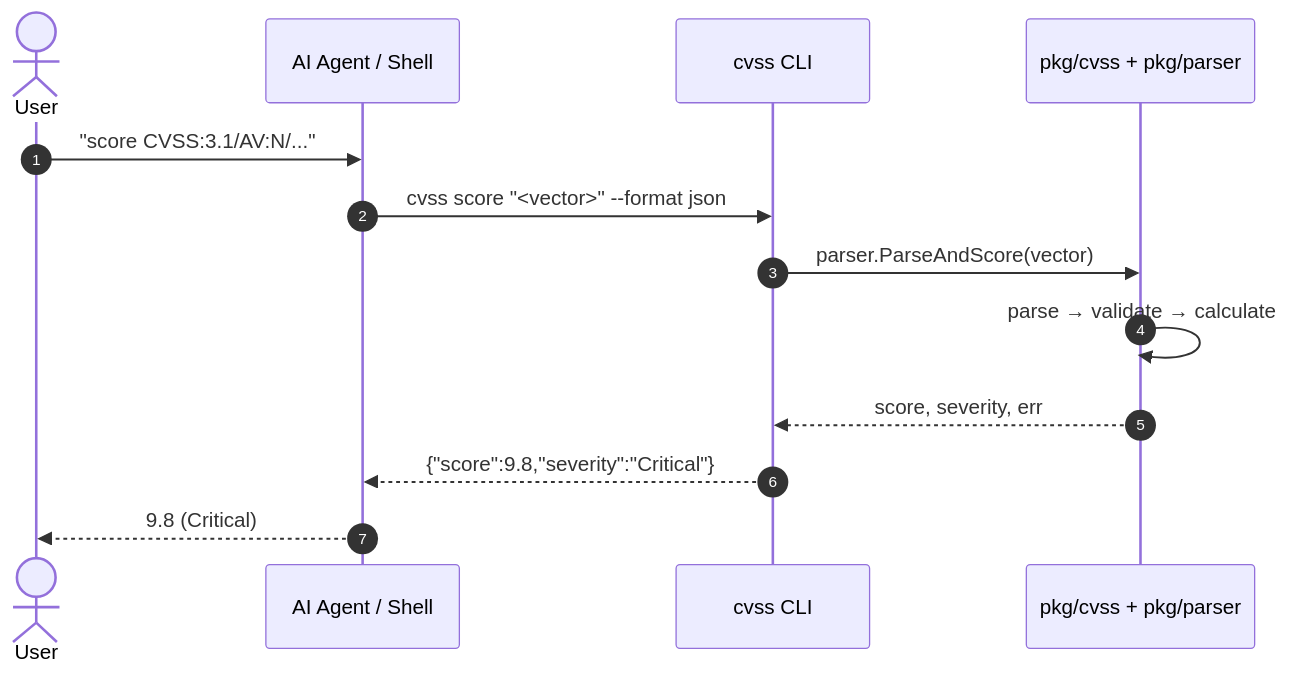
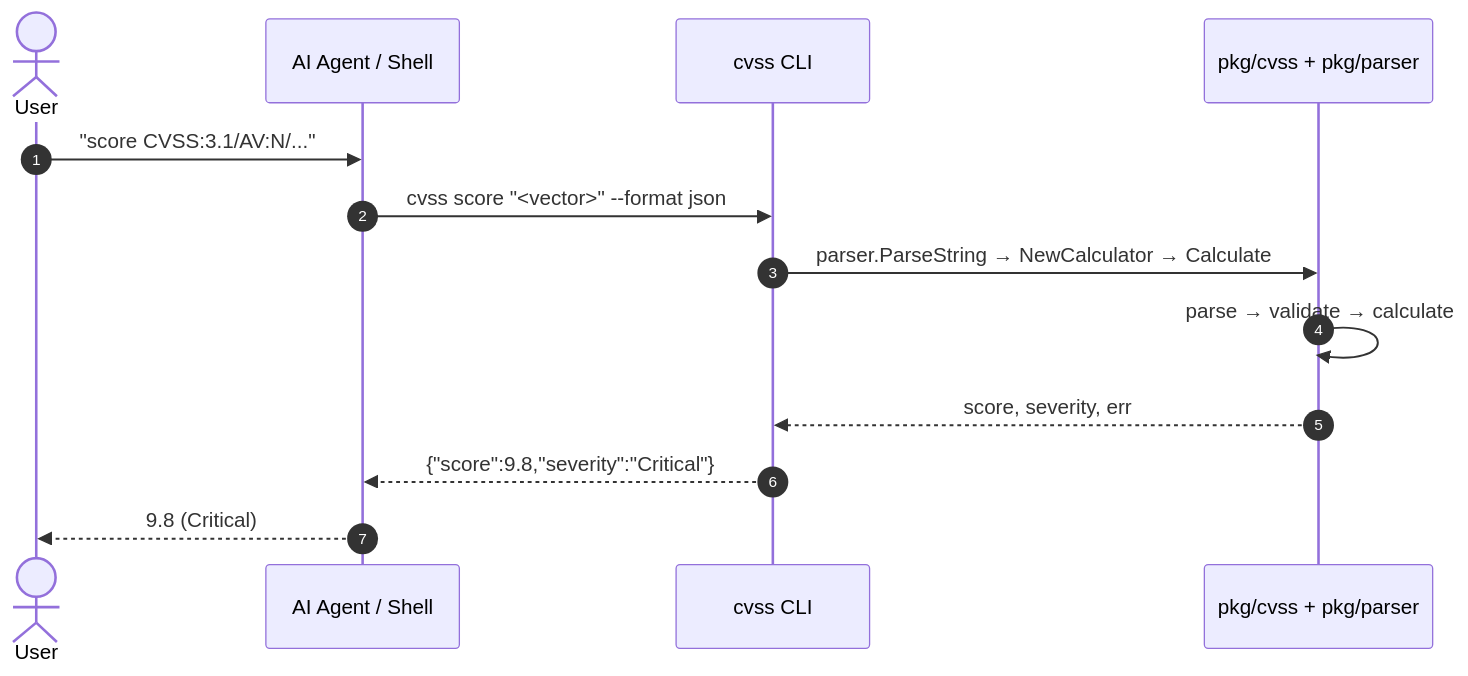
The second of 2 diagrams in website/integration.md (scagogogo/cvss-skills), drawn with Mermaid before and after one commit. The commit also changed 1 other file, not shown here.

Commit message:
docs: fix sequence diagram — CLI uses ParseString+Calculator, not ParseAndScore
The "How the Surfaces Relate" sequence diagram showed the CLI calling
parser.ParseAndScore(vector). But the cvss score command (cmd/cvss-cli/
score.go) actually calls parser.ParseString + cvss.NewCalculator + calc.
Calculate — ParseAndScore is the SDK convenience wrapper, not what the
CLI runs. Corrected the diagram arrow to reflect the real call chain.
Applied to both website/integration.md and website/zh/integration.md.

````diff
--- a/website/integration.md
+++ b/website/integration.md
@@ -33,15 +33,15 @@
 ```mermaid
 sequenceDiagram
     autonumber
     actor User
     participant Agent as AI Agent / Shell
     participant CLI as cvss CLI
     participant Core as pkg/cvss + pkg/parser
     User->>Agent: "score CVSS:3.1/AV:N/..."
     Agent->>CLI: cvss score "<vector>" --format json
-    CLI->>Core: parser.ParseAndScore(vector)
+    CLI->>Core: parser.ParseString → NewCalculator → Calculate
     Core->>Core: parse → validate → calculate
     Core-->>CLI: score, severity, err
     CLI-->>Agent: {"score":9.8,"severity":"Critical"}
     Agent-->>User: 9.8 (Critical)
 ```
````
